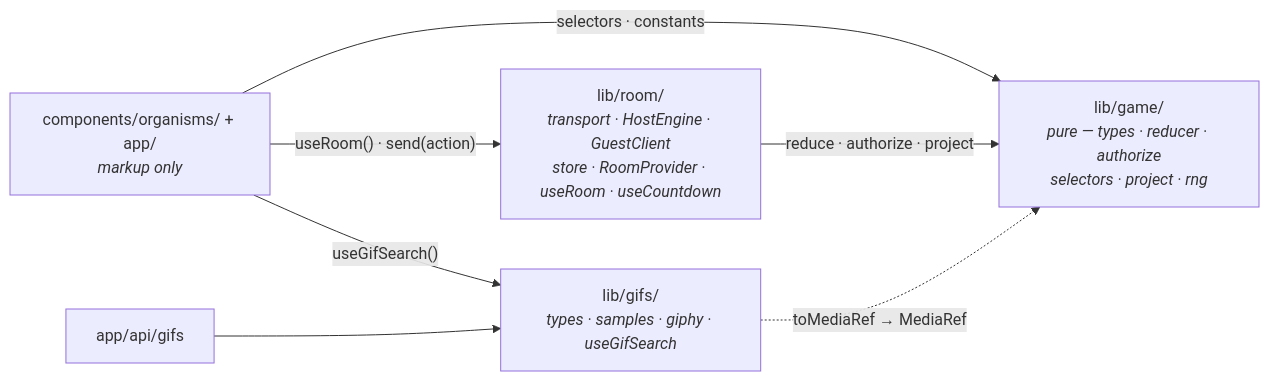
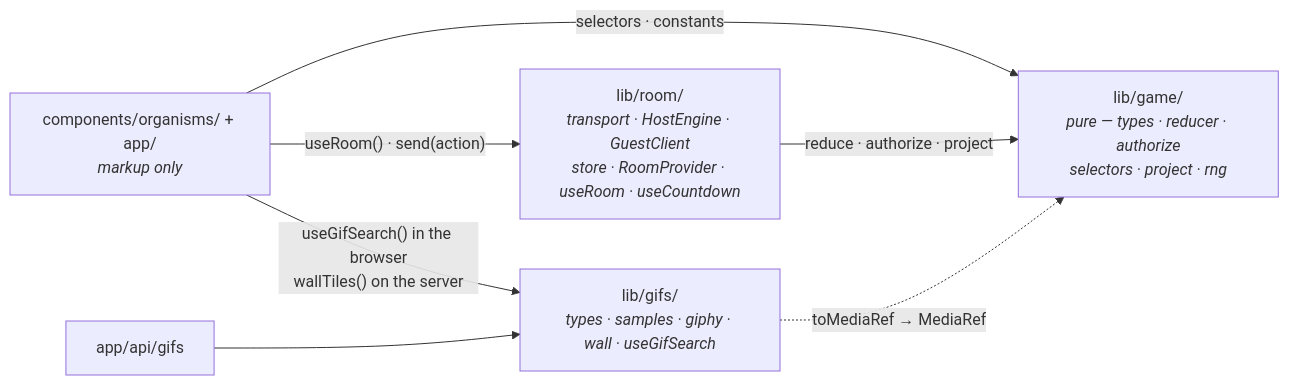
One commit to Jmeza081/captionist changed the second of 8 diagrams in docs/architecture.md. Above: the diagram before and after it, drawn with Mermaid. The commit also changed other lines of this file and 53 other files, not shown here.

First line of the commit message:
Build the landing page, and make its GIF wall cheap

````diff
--- a/docs/architecture.md
+++ b/docs/architecture.md
@@ -137,14 +179,14 @@
 ```mermaid
 graph LR
   U["components/organisms/ + app/<br/><i>markup only</i>"]
   R["lib/room/<br/><i>transport · HostEngine · GuestClient<br/>store · RoomProvider · useRoom · useCountdown</i>"]
   G["lib/game/<br/><i>pure — types · reducer · authorize<br/>selectors · project · rng</i>"]
-  F["lib/gifs/<br/><i>types · samples · giphy · useGifSearch</i>"]
+  F["lib/gifs/<br/><i>types · samples · giphy · wall · useGifSearch</i>"]
   API["app/api/gifs"]
   U -->|"useRoom() · send(action)"| R
-  U -->|"useGifSearch()"| F
+  U -->|"useGifSearch() in the browser<br/>wallTiles() on the server"| F
   U -->|"selectors · constants"| G
   R -->|"reduce · authorize · project"| G
   API --> F
   F -.->|"toMediaRef → MediaRef"| G
 ```
````
